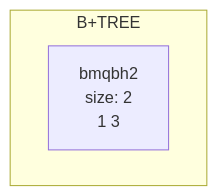
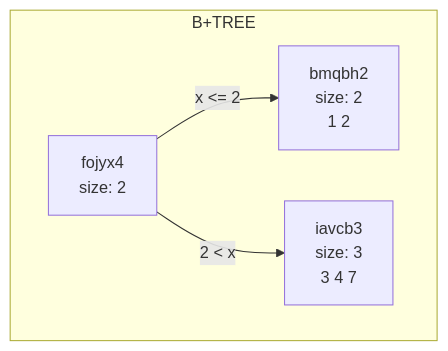
One commit to kjain1810/B-Trees changed the first of 2 diagrams in data/chart.md. Above: the diagram before and after it, drawn with Mermaid. The commit also changed other lines of this file and 5 other files, not shown here.

````diff
--- a/data/chart.md
+++ b/data/chart.md
@@ -1,6 +1,10 @@
 ```mermaid
 graph TD
 subgraph B+TREE
-bmqbh2[bmqbh2<br/>size: 2<br/>1 3 ]
+fojyx4[fojyx4<br/>size: 2<br/>]
+bmqbh2[bmqbh2<br/>size: 2<br/>1 2 ]
+fojyx4-->|x <= 2|bmqbh2
+iavcb3[iavcb3<br/>size: 3<br/>3 4 7 ]
+fojyx4-->|2 < x|iavcb3
 end
 ```
````
